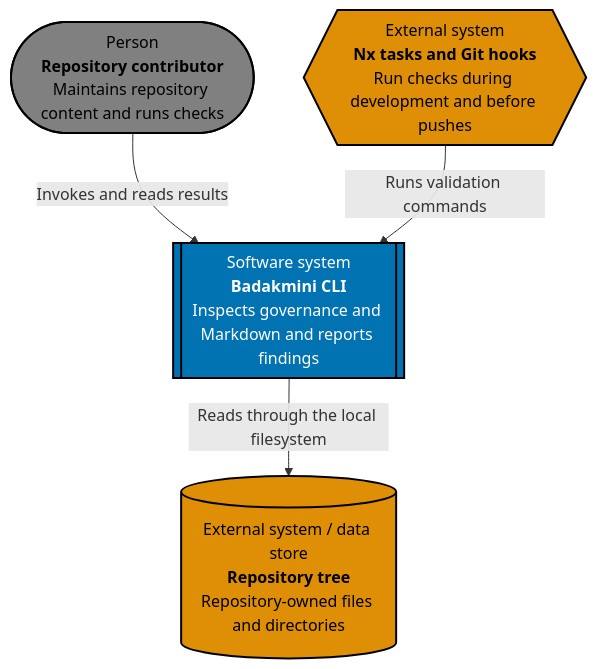
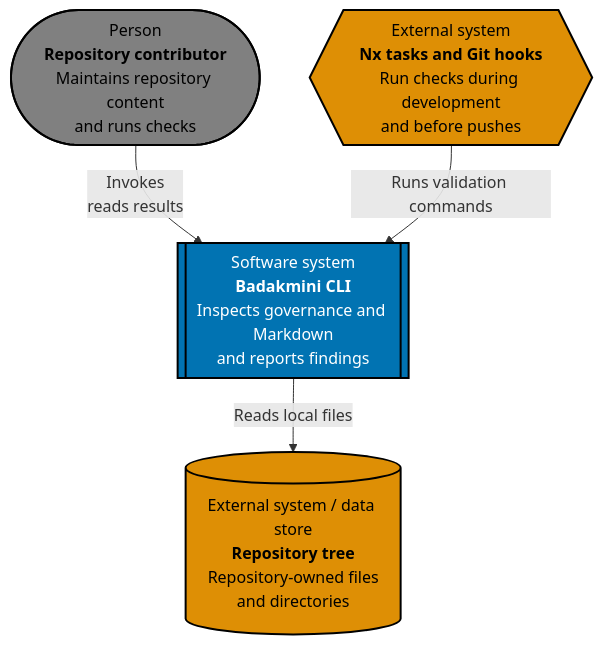
The first of 3 diagrams in specs/apps/badakmini/cli/architecture.md (wahidyankf/beaver-nest), drawn with Mermaid before and after one commit. The commit also changed other lines of this file and 16 other files, not shown here.

Commit message:
feat(badakmini): enforce Mermaid legibility

````diff
--- a/specs/apps/badakmini/cli/architecture.md
+++ b/specs/apps/badakmini/cli/architecture.md
@@ -7,19 +7,19 @@
 ```mermaid
 %% Accessible palette: blue #0173B2, orange #DE8F05, gray #808080
 flowchart TB
-    contributor(["Person<br/><b>Repository contributor</b><br/>Maintains repository content and runs checks"])
-    automation{{"External system<br/><b>Nx tasks and Git hooks</b><br/>Run checks during development and before pushes"}}
-    badakmini[["Software system<br/><b>Badakmini CLI</b><br/>Inspects governance and Markdown and reports findings"]]
-    repository[("External system / data store<br/><b>Repository tree</b><br/>Repository-owned files and directories")]
+    contributor(["Person<br/><b>Repository contributor</b><br/>Maintains repository content<br/>and runs checks"])
+    automation{{"External system<br/><b>Nx tasks and Git hooks</b><br/>Run checks during development<br/>and before pushes"}}
+    badakmini[["Software system<br/><b>Badakmini CLI</b><br/>Inspects governance and Markdown<br/>and reports findings"]]
+    repository[("External system / data store<br/><b>Repository tree</b><br/>Repository-owned files<br/>and directories")]
 
-    contributor -->|Invokes and reads results| badakmini
+    contributor -->|Invokes<br/>reads results| badakmini
     automation -->|Runs validation commands| badakmini
-    badakmini -->|Reads through the local filesystem| repository
+    badakmini -->|Reads local files| repository
 
     classDef person fill:#808080,stroke:#000000,color:#000000,stroke-width:2px
     classDef system fill:#0173B2,stroke:#000000,color:#FFFFFF,stroke-width:2px
     classDef external fill:#DE8F05,stroke:#000000,color:#000000,stroke-width:2px
     class contributor person
     class badakmini system
     class automation,repository external
 ```
````
